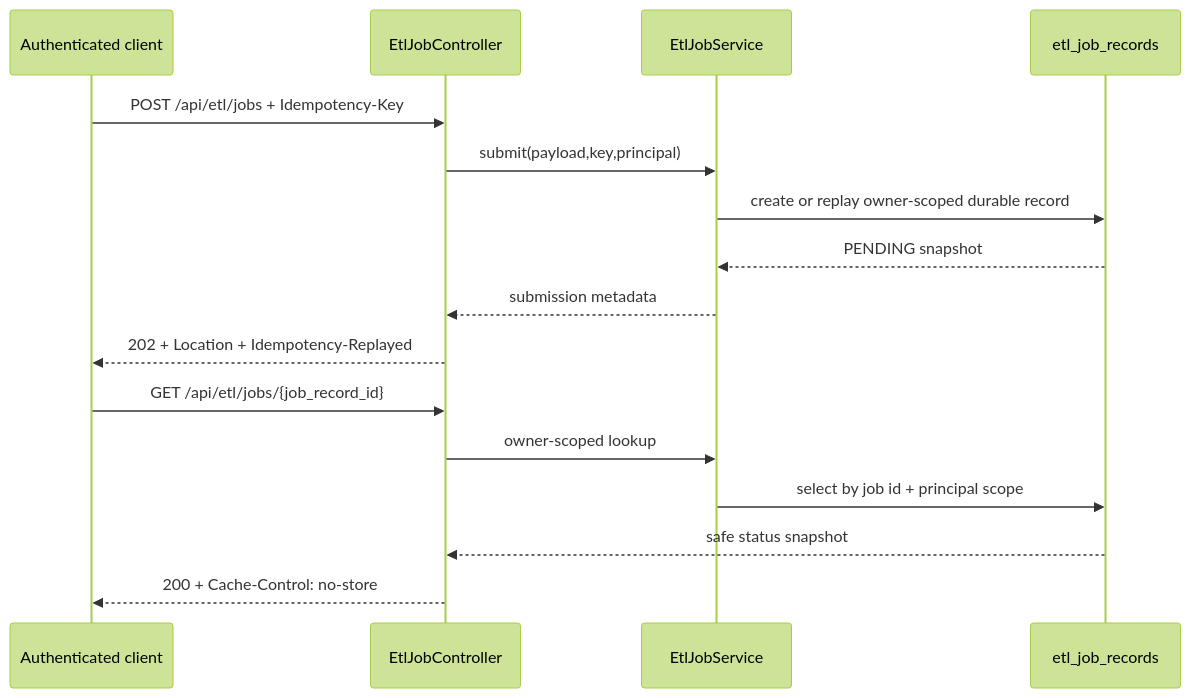
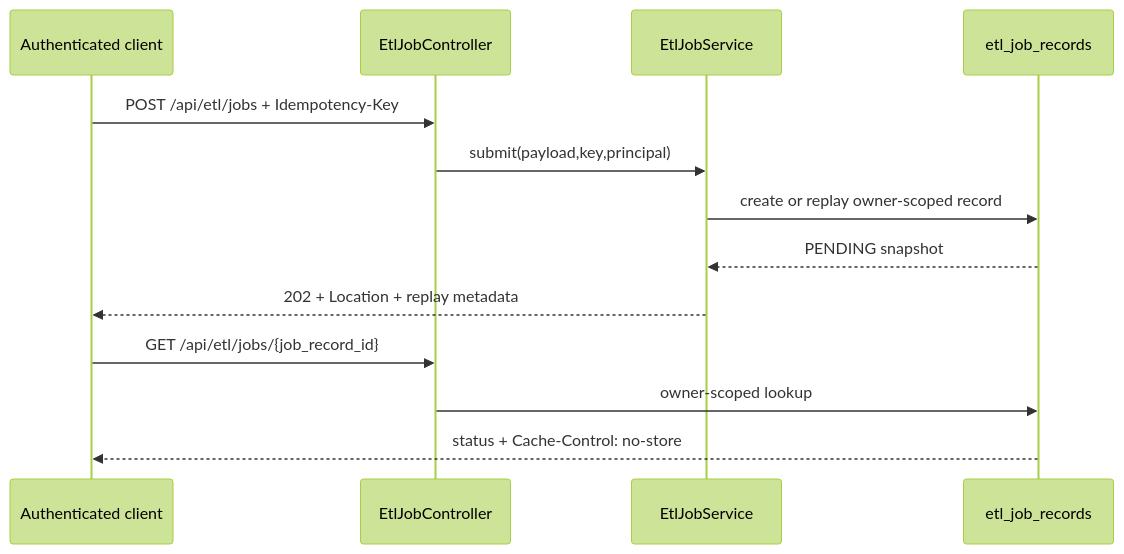
One commit to ContextualWisdomLab/mightyETL changed the fourth of 9 diagrams in ARCHITECTURE.md. Above: the diagram before and after it, drawn with Mermaid (forest theme). The commit also changed other lines of this file, not shown here.

Commit message:
docs: add cross-cutting architecture authorities

````diff
--- a/ARCHITECTURE.md
+++ b/ARCHITECTURE.md
@@ -113,19 +112,16 @@
 ```mermaid
 sequenceDiagram
     participant C as Authenticated client
     participant JC as EtlJobController
     participant JS as EtlJobService
     participant DB as etl_job_records
 
     C->>JC: POST /api/etl/jobs + Idempotency-Key
     JC->>JS: submit(payload,key,principal)
-    JS->>DB: create or replay owner-scoped durable record
+    JS->>DB: create or replay owner-scoped record
     DB-->>JS: PENDING snapshot
-    JS-->>JC: submission metadata
-    JC-->>C: 202 + Location + Idempotency-Replayed
+    JS-->>C: 202 + Location + replay metadata
     C->>JC: GET /api/etl/jobs/{job_record_id}
-    JC->>JS: owner-scoped lookup
-    JS->>DB: select by job id + principal scope
-    DB-->>JC: safe status snapshot
-    JC-->>C: 200 + Cache-Control: no-store
+    JC->>DB: owner-scoped lookup
+    DB-->>C: status + Cache-Control: no-store
 ```
````
